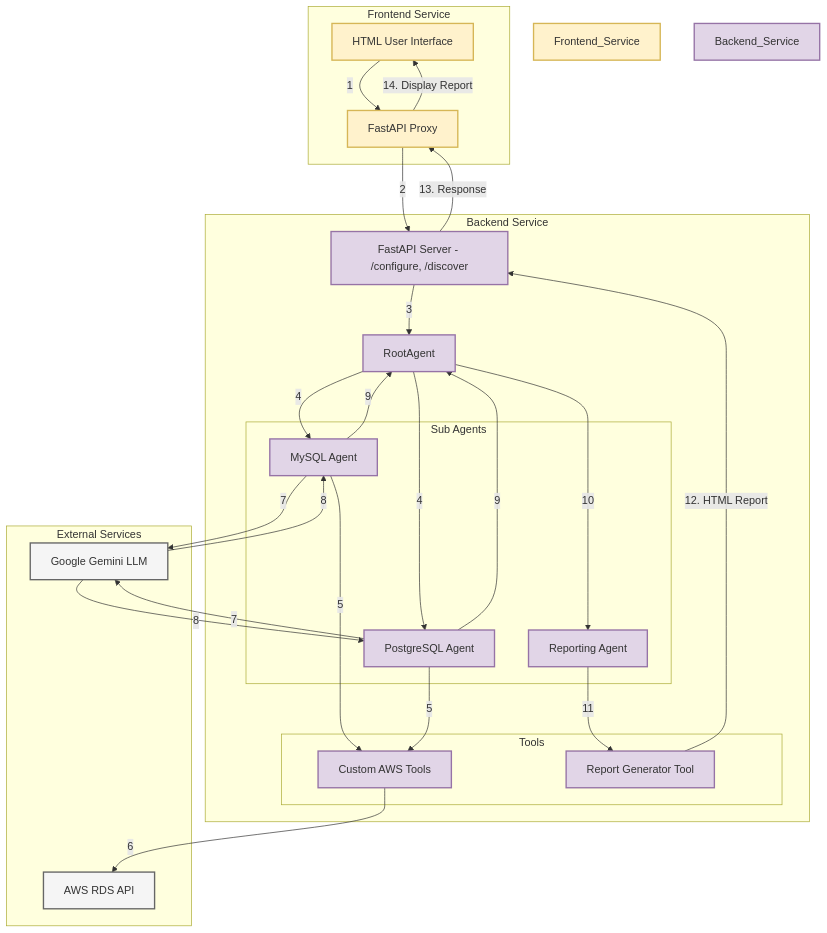
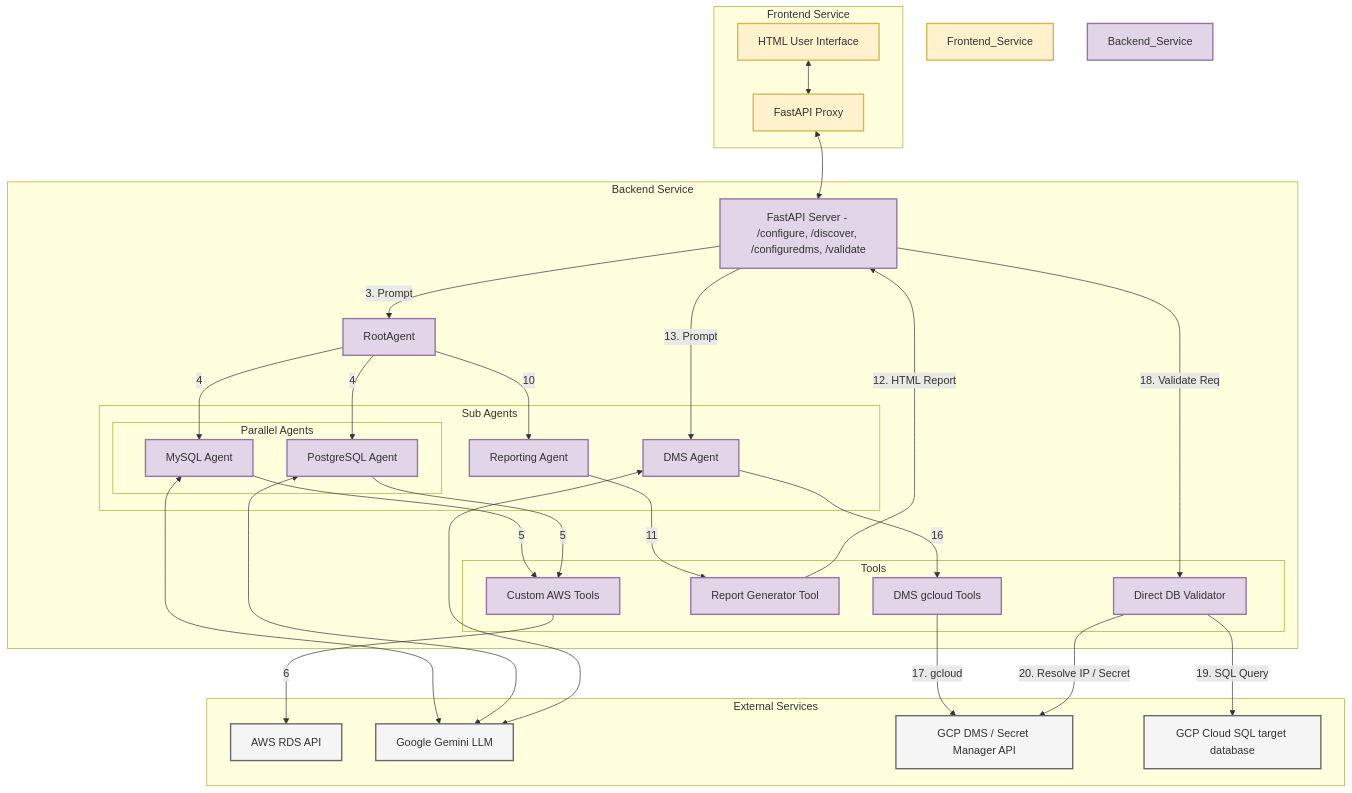
One commit to SushantJagdale/database_migration_service_ai changed the diagram in architecture.md. Above: the diagram before and after it, drawn with Mermaid.

Commit message:
updated the architecture diagram with DMS agent and other flows

````diff
--- a/architecture.md
+++ b/architecture.md
@@ -1,66 +1,77 @@
 ```mermaid
 graph TB
     %% === Subgraphs & Nodes Definition ===
     subgraph "Frontend Service"
         style Frontend_Service fill:#FFF2CC,stroke:#D6B656,stroke-width:2px,color:#333
         UI["HTML User Interface"]
         FE_Proxy["FastAPI Proxy"]
     end
 
     subgraph "Backend Service"
         style Backend_Service fill:#E1D5E7,stroke:#9673A6,stroke-width:2px,color:#333
-        BE_Server["FastAPI Server - /configure, /discover"]
+        BE_Server["FastAPI Server - /configure, /discover, /configuredms, /validate"]
         RootAgent["RootAgent"]
         subgraph "Sub Agents"
-            MysqlAgent["MySQL Agent"]
-            PostgresAgent["PostgreSQL Agent"]
+            subgraph "Parallel Agents"
+                MysqlAgent["MySQL Agent"]
+                PostgresAgent["PostgreSQL Agent"]
+            end
             ReportAgent["Reporting Agent"]
+            DmsAgent["DMS Agent"]
         end
         subgraph "Tools"
             CustomTools["Custom AWS Tools"]
             ReportGeneratorTool["Report Generator Tool"]
+            DmsTools["DMS gcloud Tools"]
+            DBValidator["Direct DB Validator"]
         end
     end
 
     subgraph "External Services"
         AWS["AWS RDS API"]
         LLM["Google Gemini LLM"]
+        GCP_API["GCP DMS / Secret Manager API"]
+        GCP_SQL["GCP Cloud SQL target database"]
     end
 
     %% --- Layout Enforcement: Create an invisible spine to force vertical order ---
     FE_Proxy ~~~ BE_Server
-    BE_Server ~~~ AWS
+    BE_Server ~~~ LLM
 
     %% --- Visible Request & Response Flow ---
-    UI -- "1" --> FE_Proxy
-    FE_Proxy -- "2" --> BE_Server
-    BE_Server -- "3" --> RootAgent
+    UI <--> FE_Proxy
+    FE_Proxy <--> BE_Server
+    
+    %% Discovery & Check flow:
+    BE_Server -- "3. Prompt" --> RootAgent
     RootAgent -- "4" --> MysqlAgent
     RootAgent -- "4" --> PostgresAgent
     MysqlAgent -- "5" --> CustomTools
     PostgresAgent -- "5" --> CustomTools
     CustomTools -- "6" --> AWS
-    MysqlAgent -- "7" --> LLM
-    PostgresAgent -- "7" --> LLM
-    
-    LLM -- "8" --> MysqlAgent
-    LLM -- "8" --> PostgresAgent
-    MysqlAgent -- "9" --> RootAgent
-    PostgresAgent -- "9" --> RootAgent
-    
+    MysqlAgent <--> LLM
+    PostgresAgent <--> LLM
     RootAgent -- "10" --> ReportAgent
     ReportAgent -- "11" --> ReportGeneratorTool
-    
     ReportGeneratorTool -- "12. HTML Report" --> BE_Server
-    BE_Server -- "13. Response" --> FE_Proxy
-    FE_Proxy -- "14. Display Report" --> UI
+
+    %% DMS Migration flow (/configuredms):
+    BE_Server -- "13. Prompt" --> DmsAgent
+    DmsAgent <--> LLM
+    DmsAgent -- "16" --> DmsTools
+    DmsTools -- "17. gcloud" --> GCP_API
+
+    %% Validation flow (/validate):
+    BE_Server -- "18. Validate Req" --> DBValidator
+    DBValidator -- "19. SQL Query" --> GCP_SQL
+    DBValidator -- "20. Resolve IP / Secret" --> GCP_API
 
     %% --- Styling ---
     classDef frontend fill:#FFF2CC,stroke:#D6B656,stroke-width:2px,color:#333;
     classDef backend fill:#E1D5E7,stroke:#9673A6,stroke-width:2px,color:#333;
     classDef external fill:#F5F5F5,stroke:#666,stroke-width:2px,color:#333;
 
     class UI,FE_Proxy,Frontend_Service frontend;
-    class BE_Server,RootAgent,MysqlAgent,PostgresAgent,CustomTools,ReportAgent,ReportGeneratorTool,Backend_Service backend;
-    class AWS,LLM,External_Services external;
+    class BE_Server,RootAgent,MysqlAgent,PostgresAgent,CustomTools,ReportAgent,ReportGeneratorTool,DmsAgent,DmsTools,DBValidator,Backend_Service backend;
+    class AWS,LLM,GCP_API,GCP_SQL,External_Services external;
 ```
````
